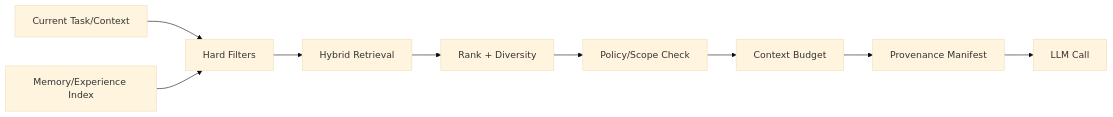
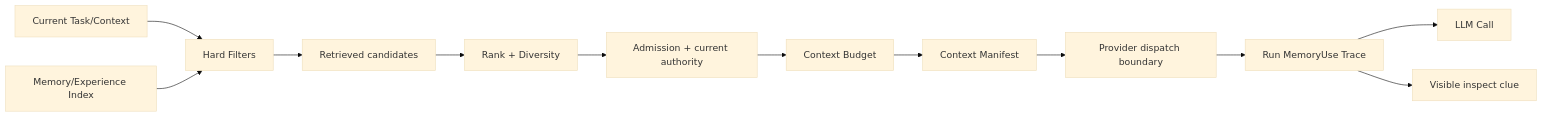
One commit to Cainheart/tracegraph-agent changed the first of 2 diagrams in docs/outlive-agent-v2/04-memory-and-experience/04-retrieval-context.md. Above: the diagram before and after it, drawn with Mermaid (base theme). The commit also changed other lines of this file and 35 other files, not shown here.

First line of the commit message:
docs(architecture): 以 Agent Runtime 与 Session/Evidence 取代三平面模型

````diff
--- a/docs/outlive-agent-v2/04-memory-and-experience/04-retrieval-context.md
+++ b/docs/outlive-agent-v2/04-memory-and-experience/04-retrieval-context.md
@@ -15,11 +15,14 @@
 ```mermaid
 flowchart LR
   Q[Current Task/Context] --> F[Hard Filters]
   I[Memory/Experience Index] --> F
-  F --> R[Hybrid Retrieval]
+  F --> R[Retrieved candidates]
   R --> K[Rank + Diversity]
-  K --> P[Policy/Scope Check]
+  K --> P[Admission + current authority]
   P --> B[Context Budget]
-  B --> M[Provenance Manifest]
-  M --> L[LLM Call]
+  B --> C[Context Manifest]
+  C --> D[Provider dispatch boundary]
+  D --> U[Run MemoryUse Trace]
+  U --> L[LLM Call]
+  U --> V[Visible inspect clue]
 ```
````
